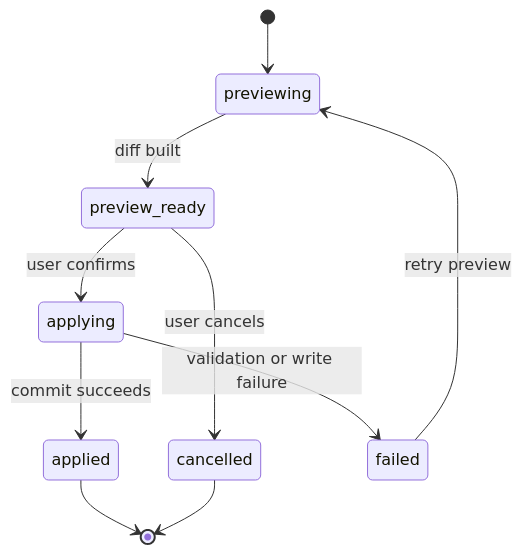
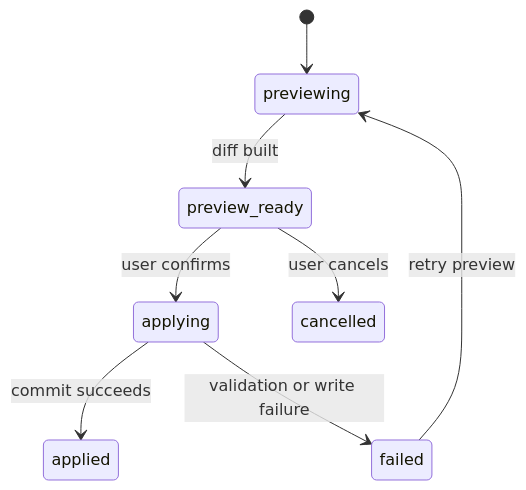
The ninth of 9 diagrams in doc/synthesis-layer/state-machines.md (leike0813/zotero-agents), drawn with Mermaid before and after one commit. The commit also changed other lines of this file and 267 other files, not shown here.

````diff
--- a/doc/synthesis-layer/state-machines.md
+++ b/doc/synthesis-layer/state-machines.md
@@ -434,12 +258,10 @@
 ```mermaid
 stateDiagram-v2
   [*] --> previewing
   previewing --> preview_ready: diff built
   preview_ready --> applying: user confirms
   preview_ready --> cancelled: user cancels
   applying --> applied: commit succeeds
   applying --> failed: validation or write failure
   failed --> previewing: retry preview
-  applied --> [*]
-  cancelled --> [*]
 ```
````
